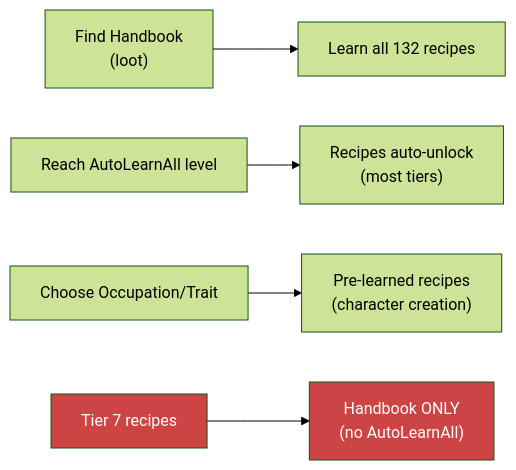
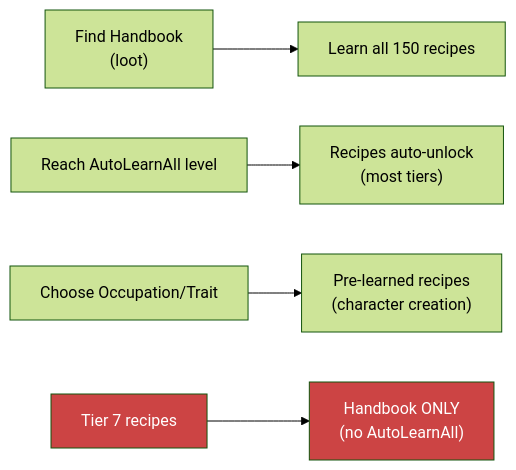
Before and after one commit to phobos-dthorga/mod-pz-chemistry-pathways: the diagram in docs/mermaid-src/learning-paths.mmd, drawn with Mermaid (forest theme). The commit also changed 6 other files, not shown here.

First line of the commit message:
docs: Update Mermaid source files for v0.11.0

```diff
--- a/docs/mermaid-src/learning-paths.mmd
+++ b/docs/mermaid-src/learning-paths.mmd
@@ -1,8 +1,8 @@
 graph LR
-    HB["Find Handbook<br/>(loot)"] --> LEARN["Learn all 132 recipes"]
+    HB["Find Handbook<br/>(loot)"] --> LEARN["Learn all 150 recipes"]
     LEVEL["Reach AutoLearnAll level"] --> AUTO["Recipes auto-unlock<br/>(most tiers)"]
     CREATE["Choose Occupation/Trait"] --> GRANT["Pre-learned recipes<br/>(character creation)"]
     T7["Tier 7 recipes"] --> HB_ONLY["Handbook ONLY<br/>(no AutoLearnAll)"]
 
     style T7 fill:#c44,color:#fff
     style HB_ONLY fill:#c44,color:#fff
```
